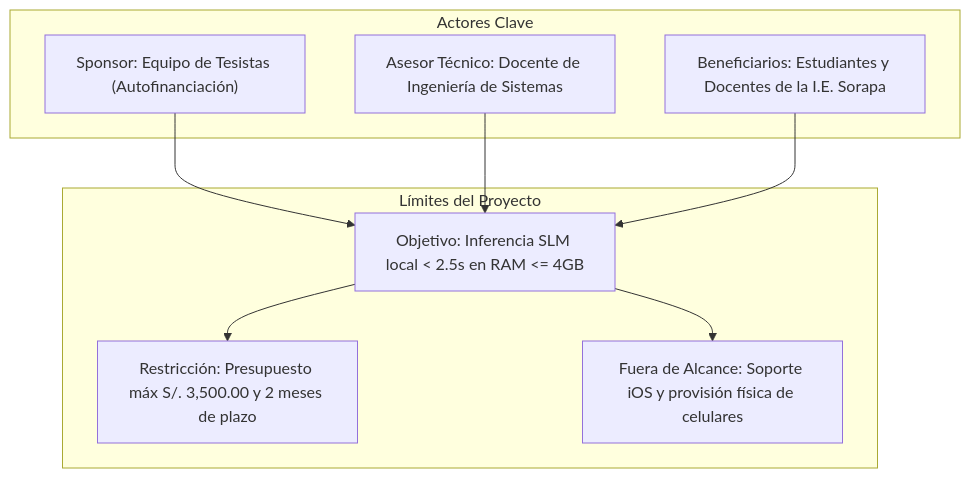
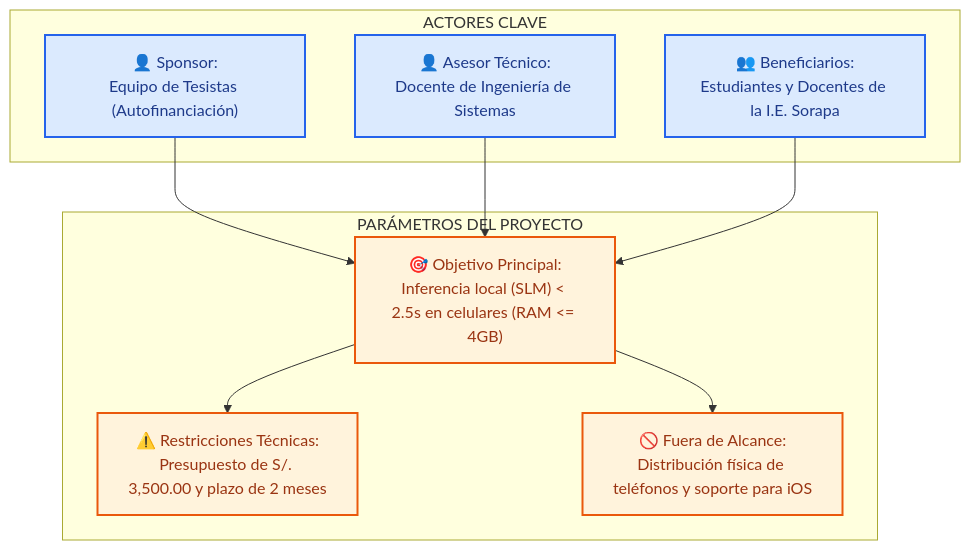
The first of 5 diagrams in docs/ChristianRafaelMamaniCallata/entregable3.md (jhanslarico11/Perfil-de-Egreso), drawn with Mermaid before and after one commit. The commit also changed other lines of this file and 4 other files, not shown here.

Commit message:
Personalización visual y estilización de los diagramas Mermaid

````diff
--- a/docs/ChristianRafaelMamaniCallata/entregable3.md
+++ b/docs/ChristianRafaelMamaniCallata/entregable3.md
@@ -162,20 +162,23 @@
 ```mermaid
 graph TD
-    subgraph Actores Clave
-        S["Sponsor: Equipo de Tesistas (Autofinanciación)"]
-        A["Asesor Técnico: Docente de Ingeniería de Sistemas"]
-        B["Beneficiarios: Estudiantes y Docentes de la I.E. Sorapa"]
+    classDef actor fill:#dbeafe,stroke:#2563eb,stroke-width:2px,color:#1e3a8a;
+    classDef limit fill:#fff3dc,stroke:#ea580c,stroke-width:2px,color:#9a3412;
+
+    subgraph ACTORES CLAVE
+        S["👤 Sponsor:<br>Equipo de Tesistas (Autofinanciación)"]:::actor
+        A["👤 Asesor Técnico:<br>Docente de Ingeniería de Sistemas"]:::actor
+        B["👥 Beneficiarios:<br>Estudiantes y Docentes de la I.E. Sorapa"]:::actor
     end
 
-    subgraph Límites del Proyecto
-        Obj["Objetivo: Inferencia SLM local < 2.5s en RAM <= 4GB"]
-        Rest["Restricción: Presupuesto máx S/. 3,500.00 y 2 meses de plazo"]
-        Exc["Fuera de Alcance: Soporte iOS y provisión física de celulares"]
+    subgraph PARÁMETROS DEL PROYECTO
+        Obj["🎯 Objetivo Principal:<br>Inferencia local (SLM) < 2.5s en celulares (RAM <= 4GB)"]:::limit
+        Rest["⚠️ Restricciones Técnicas:<br>Presupuesto de S/. 3,500.00 y plazo de 2 meses"]:::limit
+        Exc["🚫 Fuera de Alcance:<br>Distribución física de teléfonos y soporte para iOS"]:::limit
     end
 
     S --> Obj
     A --> Obj
     B --> Obj
     Obj --> Rest
     Obj --> Exc
 ```
````
